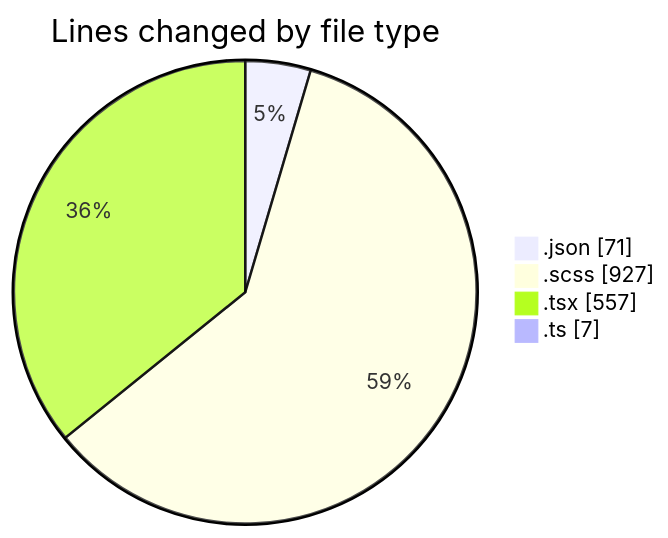
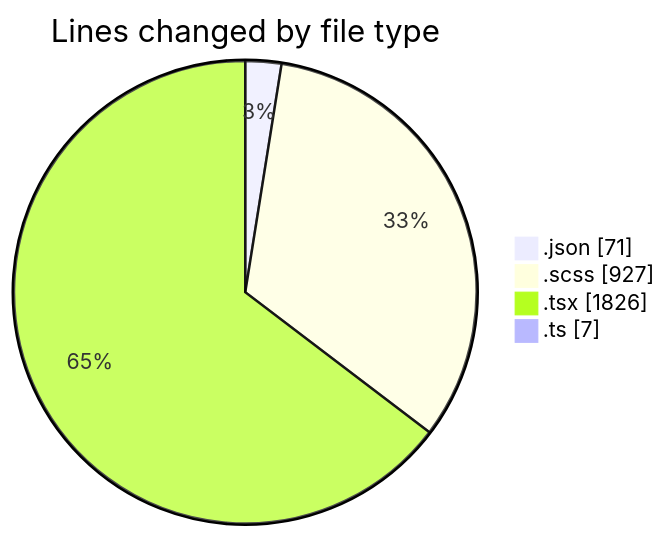
Before and after one commit to momahboobian/code-tracking: the first of 2 diagrams in 2026-02-17/cda/README.md, drawn with Mermaid. The commit also changed other lines of this file and 1 other file, not shown here.

````diff
--- a/2026-02-17/cda/README.md
+++ b/2026-02-17/cda/README.md
@@ -27,8 +28,8 @@
 ```mermaid
 pie showData
 title Lines changed by file type
 ".json" : 71
 ".scss" : 927
-".tsx" : 557
+".tsx" : 1826
 ".ts" : 7
 ```
````
